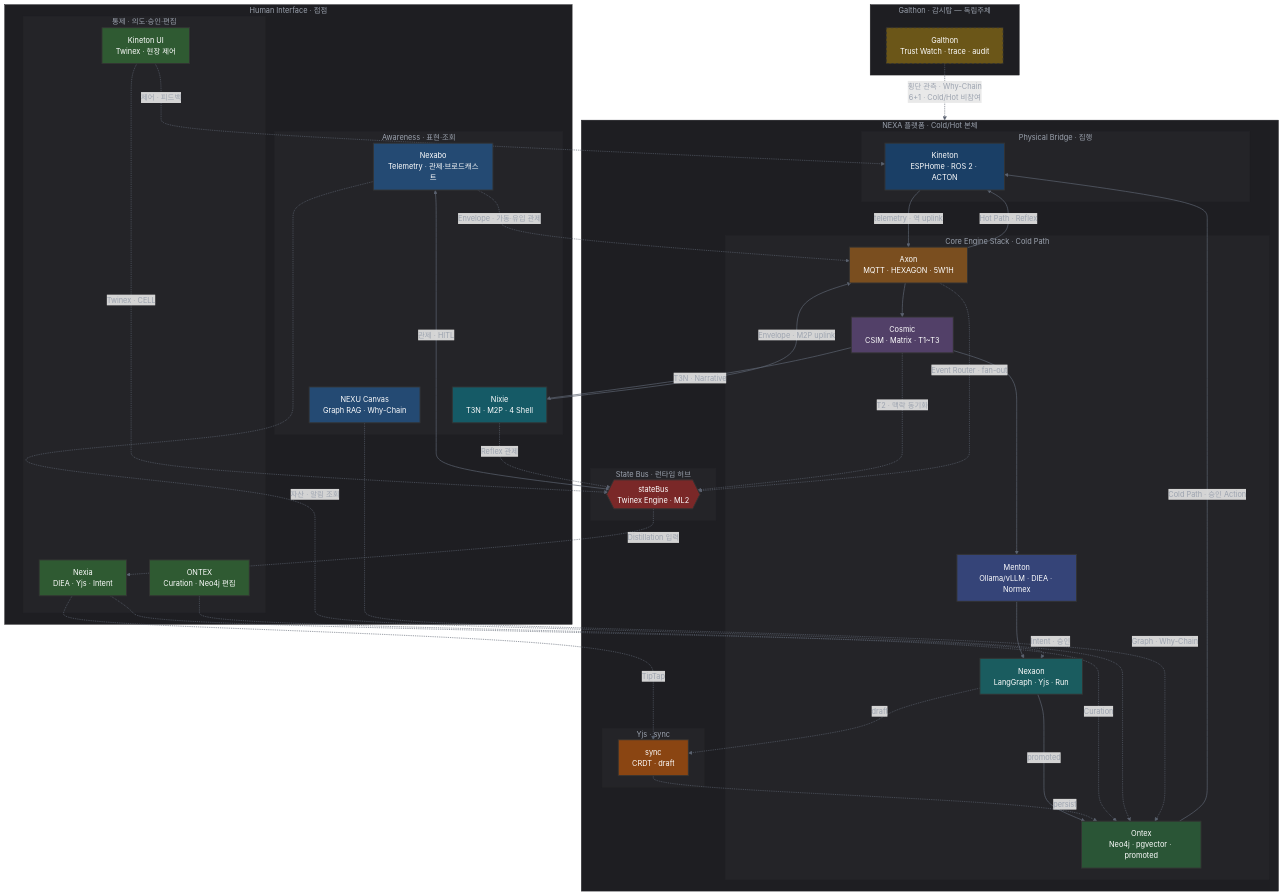
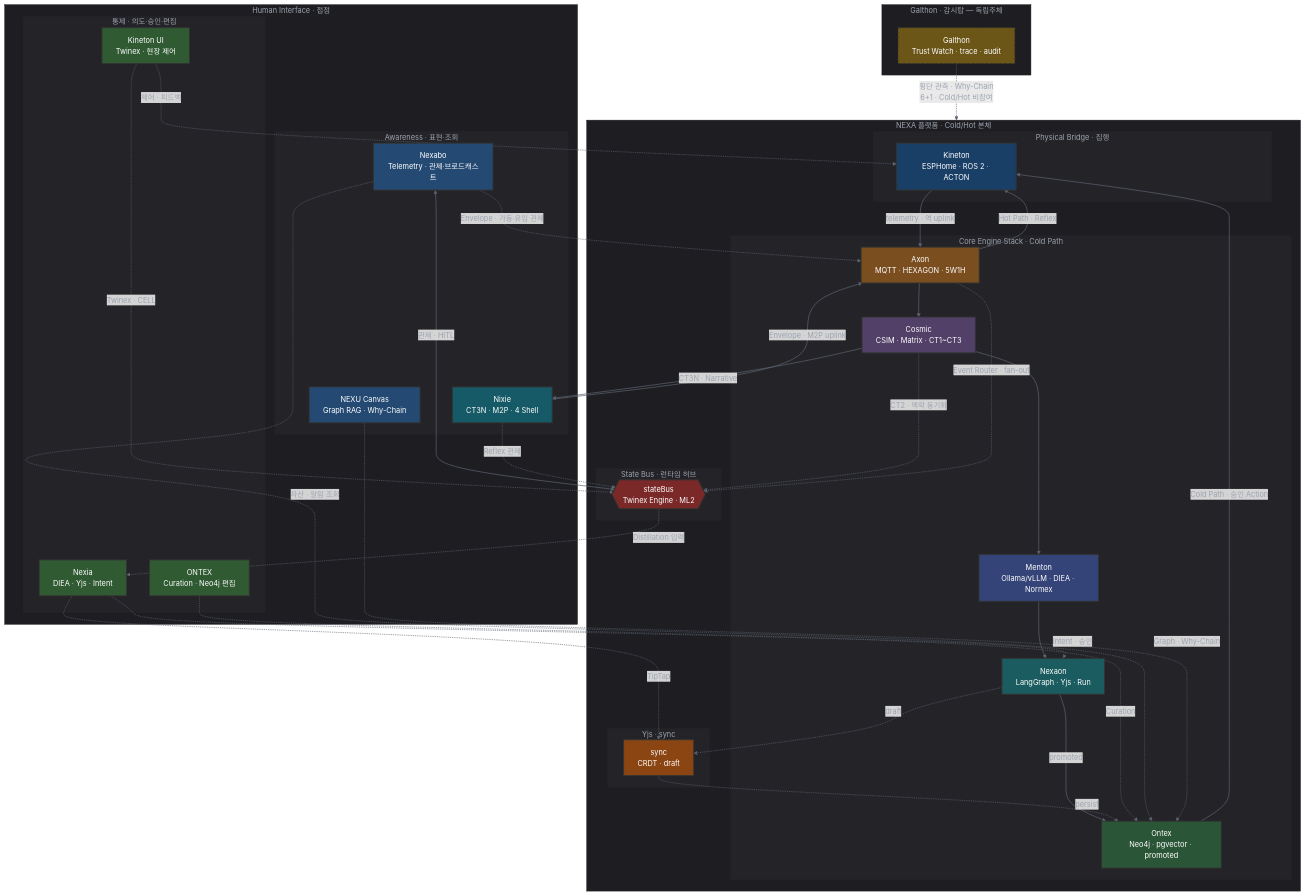
The diagram in NEXA V2.0/APP_V2.0/08_TDD/NEXAOS/08_TDD_NEXAOS_전역아키텍처표준_GlobalArchitectureStandard_v1.0.md (U2SOUTION/NEXA), drawn with Mermaid before and after one commit. The commit also changed other lines of this file and 17 other files, not shown here.

```diff
--- a/NEXA V2.0/APP_V2.0/08_TDD/NEXAOS/08_TDD_NEXAOS_전역아키텍처표준_GlobalArchitectureStandard_v1.0.md
+++ b/NEXA V2.0/APP_V2.0/08_TDD/NEXAOS/08_TDD_NEXAOS_전역아키텍처표준_GlobalArchitectureStandard_v1.0.md
@@ -78,7 +78,7 @@
             kineton_ui["Kineton UI<br/>Twinex · 현장 제어"]:::hiControl
         end
         subgraph HI_Awareness [Awareness · 표현·조회]
-            nixie["Nixie<br/>T3N · M2P · 4 Shell"]:::hiNixie
+            nixie["Nixie<br/>CT3N · M2P · 4 Shell"]:::hiNixie
             nexabo["Nexabo<br/>Telemetry · 관제·브로드캐스트"]:::hiAware
             nexu["NEXU Canvas<br/>Graph RAG · Why-Chain"]:::hiAware
         end
@@ -87,7 +87,7 @@
     subgraph Platform [NEXA 플랫폼 · Cold/Hot 본체]
         subgraph Core_Engine [Core Engine Stack · Cold Path]
             axon["Axon<br/>MQTT · HEXAGON · 5W1H"]:::layerAL
-            cosmic["Cosmic<br/>CSIM · Matrix · T1~T3"]:::layerCL
+            cosmic["Cosmic<br/>CSIM · Matrix · CT1~CT3"]:::layerCL
             menton["Menton<br/>Ollama/vLLM · DIEA · Normex"]:::layerML
             nexaon["Nexaon<br/>LangGraph · Yjs · Run"]:::layerNL
             ontex["Ontex<br/>Neo4j · pgvector · promoted"]:::layerOL
@@ -114,7 +114,7 @@
     kineton -->|telemetry · 역 uplink| axon
 
     nixie -->|Envelope · M2P uplink| axon
-    cosmic -->|T3N · Narrative| nixie
+    cosmic -->|CT3N · Narrative| nixie
 
     nexia -.->|Intent · 승인| nexaon
     nexia -.->|TipTap| sync_yjs
@@ -126,7 +126,7 @@
     nexu -.->|Graph · Why-Chain| ontex
     kineton_ui -.->|제어 · 피드백| kineton
 
-    cosmic -.->|T2 · 맥락 동기화| stateBus
+    cosmic -.->|CT2 · 맥락 동기화| stateBus
     axon -.->|Event Router · fan-out| stateBus
     stateBus -.->|Distillation 입력| nexia
     nexabo <-->|관제 · HITL| stateBus
```
